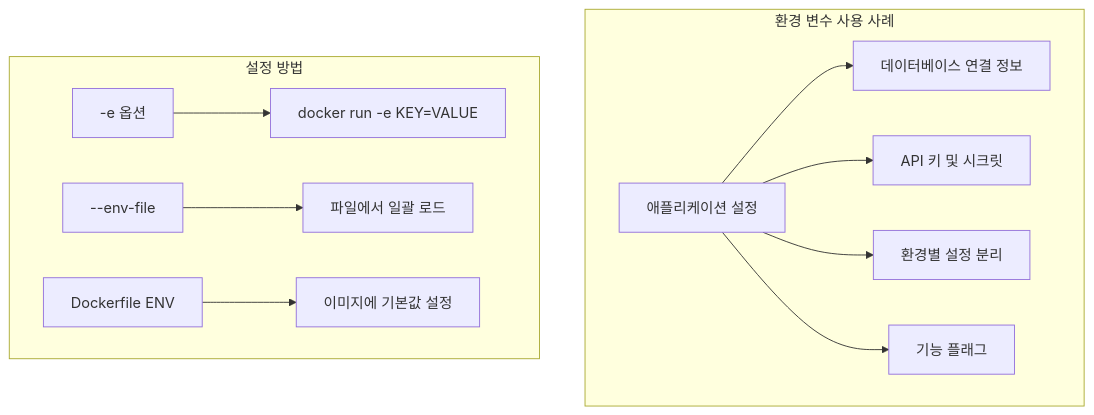
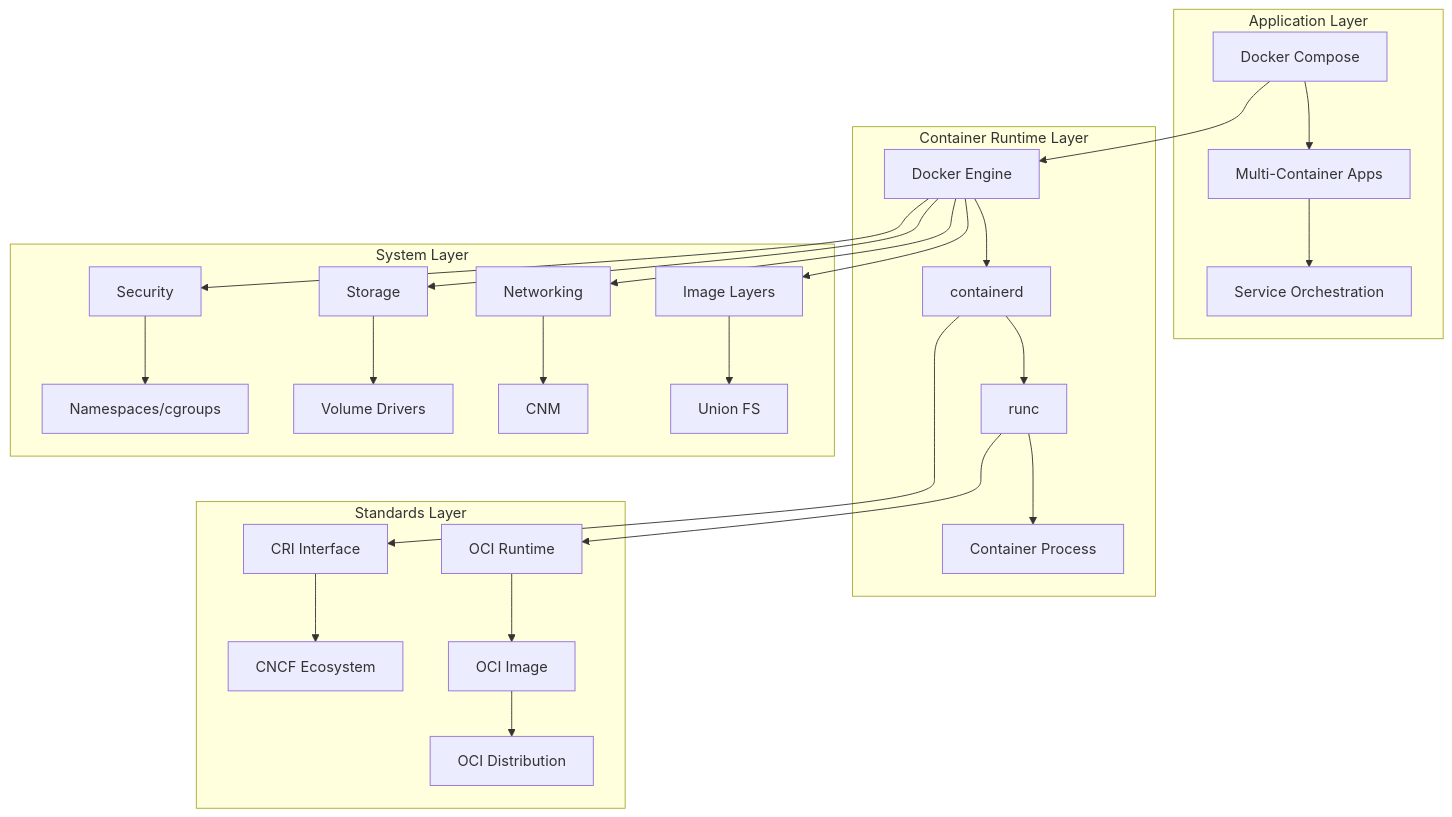
One commit to niceguy61/kdt_devops_lecture_2025 changed the diagram in week_02/day_01/session_08.md. Above: the diagram before and after it, drawn with Mermaid. The commit also changed other lines of this file and 41 other files, not shown here.

````diff
--- a/week_02/day_01/session_08.md
+++ b/week_02/day_01/session_08.md
@@ -15,15 +15,34 @@
 ```mermaid
 graph TB
-    subgraph "환경 변수 사용 사례"
-        A[애플리케이션 설정] --> B[데이터베이스 연결 정보]
-        A --> C[API 키 및 시크릿]
-        A --> D[환경별 설정 분리]
-        A --> E[기능 플래그]
+    subgraph "Application Layer"
+        A[Docker Compose] --> B[Multi-Container Apps]
+        B --> C[Service Orchestration]
     end
     
-    subgraph "설정 방법"
-        F[-e 옵션] --> G[docker run -e KEY=VALUE]
-        H[--env-file] --> I[파일에서 일괄 로드]
-        J[Dockerfile ENV] --> K[이미지에 기본값 설정]
+    subgraph "Container Runtime Layer"
+        D[Docker Engine] --> E[containerd]
+        E --> F[runc]
+        F --> G[Container Process]
     end
+    
+    subgraph "System Layer"
+        H[Image Layers] --> I[Union FS]
+        J[Networking] --> K[CNM]
+        L[Storage] --> M[Volume Drivers]
+        N[Security] --> O[Namespaces/cgroups]
+    end
+    
+    subgraph "Standards Layer"
+        P[OCI Runtime] --> Q[OCI Image]
+        Q --> R[OCI Distribution]
+        S[CRI Interface] --> T[CNCF Ecosystem]
+    end
+    
+    A --> D
+    D --> H
+    D --> J
+    D --> L
+    D --> N
+    F --> P
+    E --> S
 ```
````
